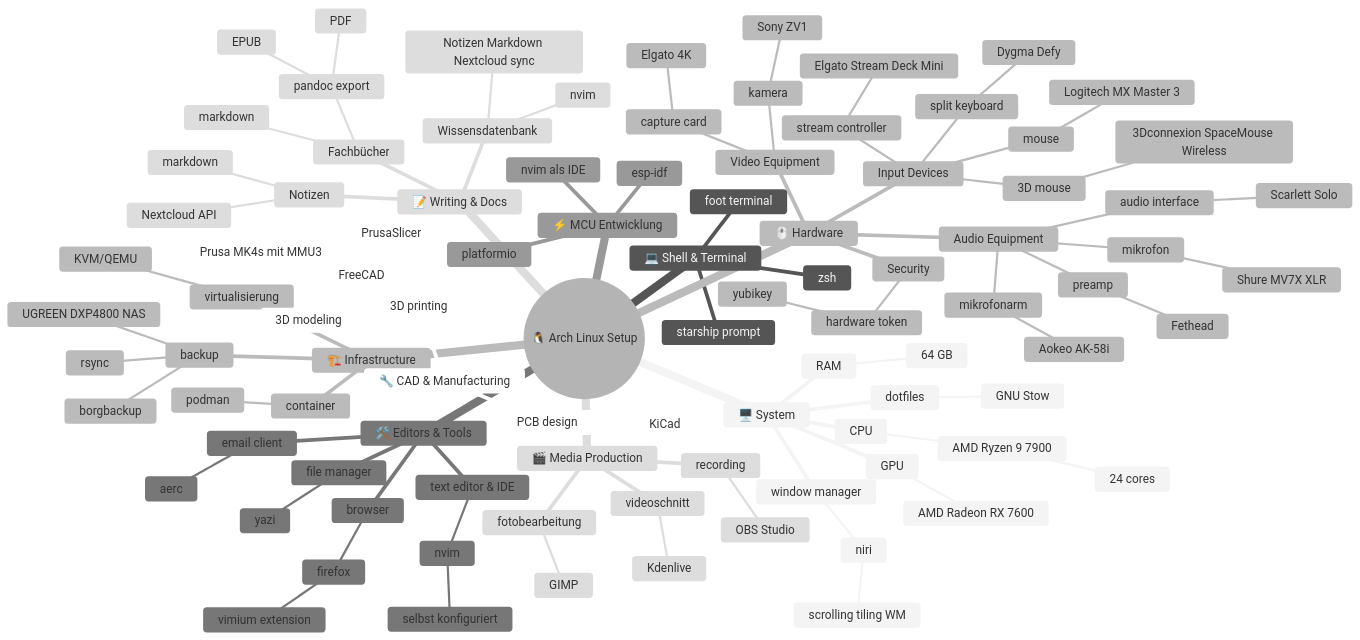
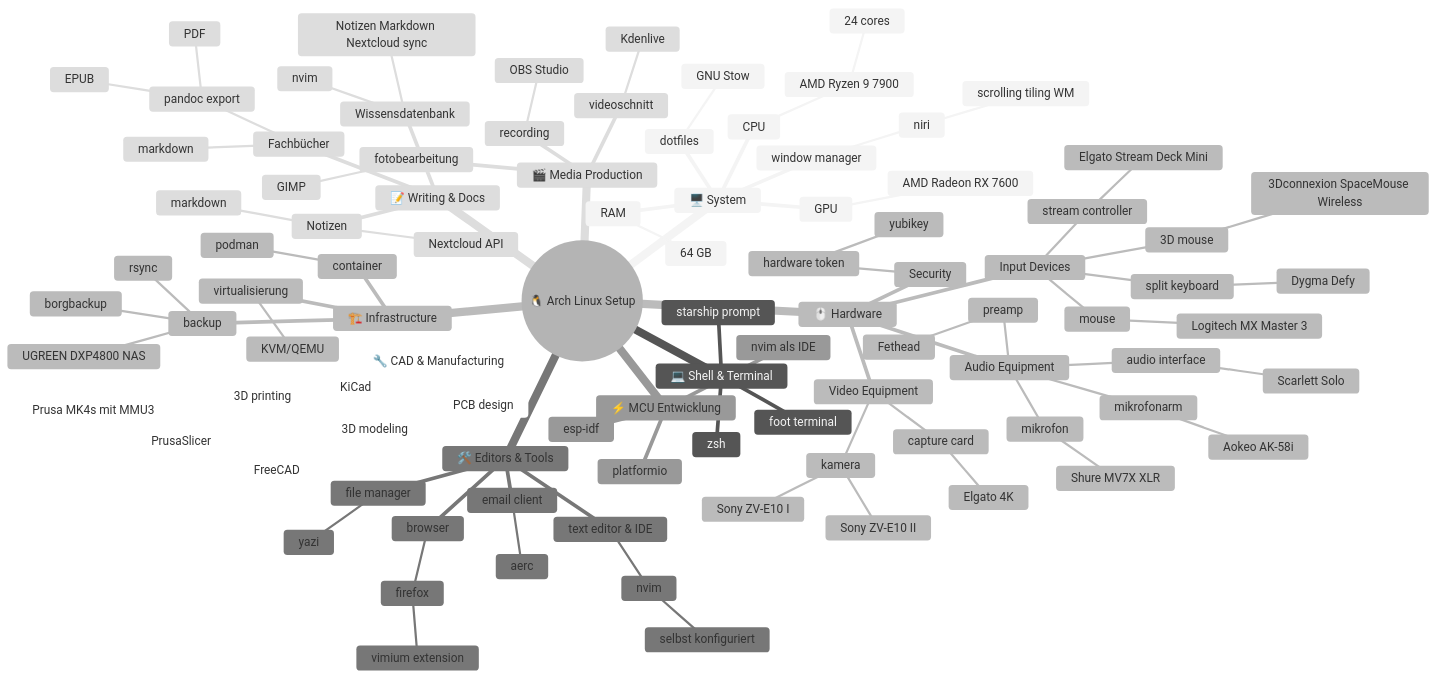
The diagram in 20_my-arch-setup/README.md (pixelEDI/I_use_Arch_btw), drawn with Mermaid before and after one commit.

Commit message:
2 dslr cams

```diff
--- a/20_my-arch-setup/README.md
+++ b/20_my-arch-setup/README.md
@@ -96,7 +96,8 @@
           Scarlett Solo
       Video Equipment
         kamera
-          Sony ZV1
+          Sony ZV-E10 I
+          Sony ZV-E10 II
         capture card
           Elgato 4K
       Security
```
